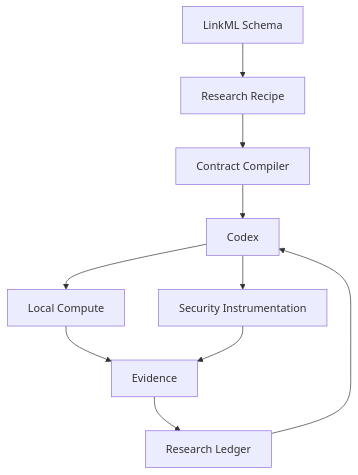
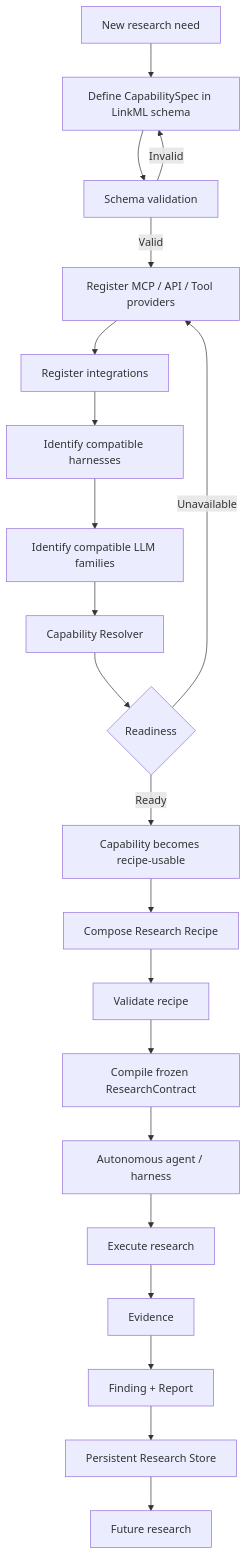
Before and after one commit to Opposum0112/Decretum: the third of 4 diagrams in README.md, drawn with Mermaid. The commit also changed other lines of this file, not shown here.

Commit message:
Document capability evolution lifecycle and architecture

````diff
--- a/README.md
+++ b/README.md
@@ -219,12 +205,23 @@
 ```mermaid
-flowchart TB
-    S[LinkML Schema] --> R[Research Recipe]
-    R --> C[Contract Compiler]
-    C --> X[Codex]
-    X --> P[Local Compute]
-    X --> I[Security Instrumentation]
-    P --> E[Evidence]
-    I --> E
-    E --> L[Research Ledger]
-    L --> X
+flowchart TD
+    A[New research need] --> B[Define CapabilitySpec in LinkML schema]
+    B --> C[Schema validation]
+    C -->|Invalid| B
+    C -->|Valid| D[Register MCP / API / Tool providers]
+    D --> E[Register integrations]
+    E --> F[Identify compatible harnesses]
+    F --> G[Identify compatible LLM families]
+    G --> H[Capability Resolver]
+    H --> I{Readiness}
+    I -->|Unavailable| D
+    I -->|Ready| J[Capability becomes recipe-usable]
+    J --> K[Compose Research Recipe]
+    K --> L[Validate recipe]
+    L --> M[Compile frozen ResearchContract]
+    M --> N[Autonomous agent / harness]
+    N --> O[Execute research]
+    O --> P[Evidence]
+    P --> Q[Finding + Report]
+    Q --> R[Persistent Research Store]
+    R --> S[Future research]
 ```
````
